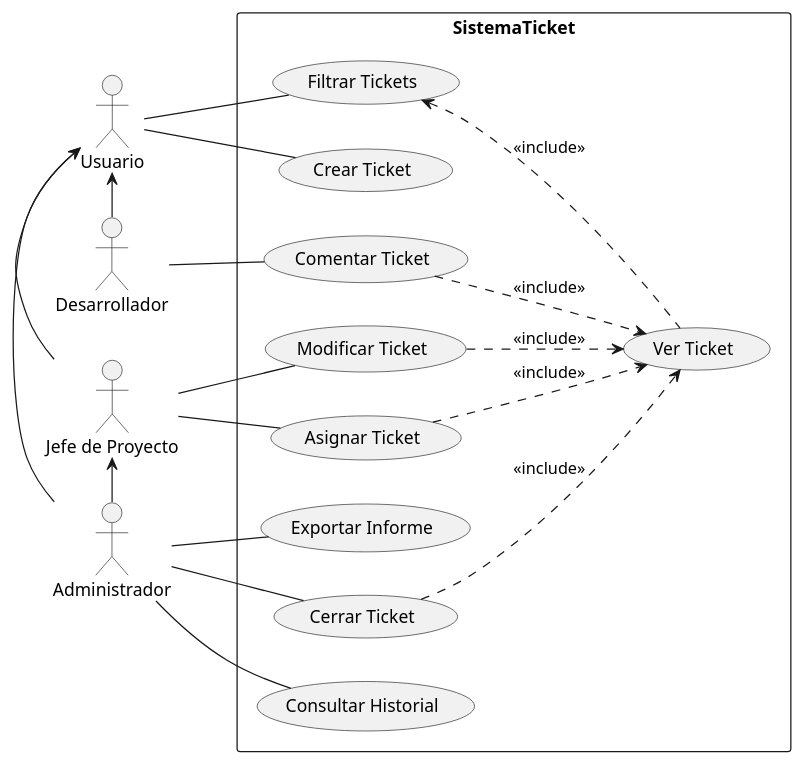
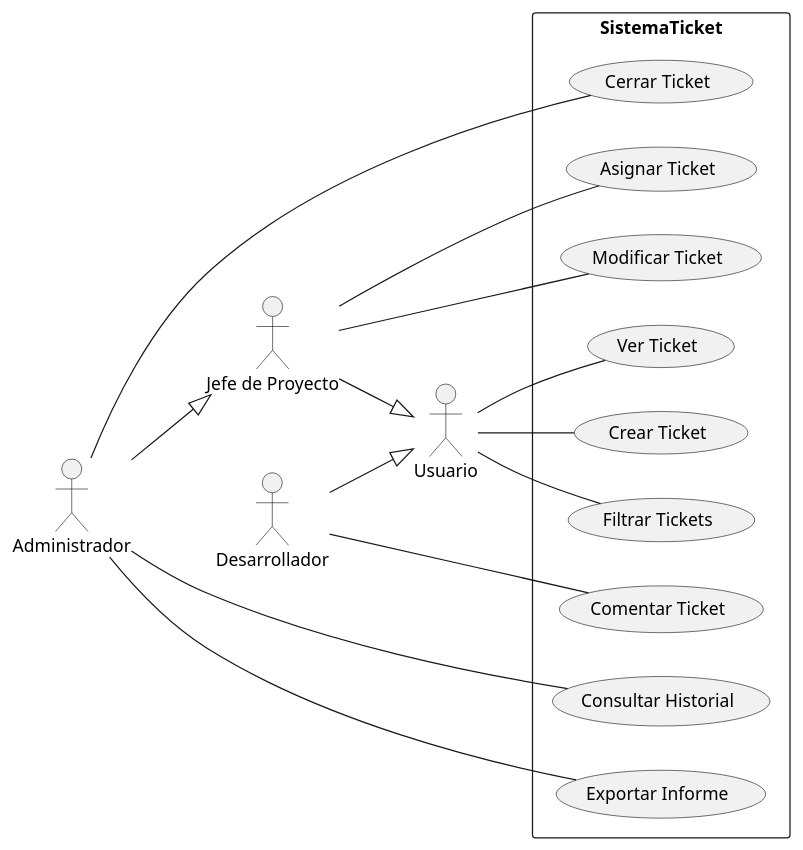
The diagram in modelosUML/CasosDeUsos/CDU SistemaTicket.puml (mmasias/23-24-IdSw1-SDR), drawn with PlantUML before and after one commit.

Commit message:
cambios en CDU SistemaTicket

```diff
--- a/modelosUML/CasosDeUsos/CDU SistemaTicket.puml
+++ b/modelosUML/CasosDeUsos/CDU SistemaTicket.puml
@@ -1,33 +1,25 @@
 @startuml
 
 left to right direction
 
+actor Usuario as Usuario
 actor "Jefe de Proyecto" as JefeProyecto
 actor Administrador as Admin
-actor Usuario as Usuario
 actor Desarrollador as Dev
 
-rectangle SistemaTicket{
-    Dev -l-> Usuario
-    Dev -- (Comentar Ticket)
-    Usuario -l- (Crear Ticket)
-    Usuario -- (Filtrar Tickets)
-    JefeProyecto -l-> Usuario
-    JefeProyecto -- (Asignar Ticket)
-    JefeProyecto -- (Modificar Ticket)
-    Admin -l-> Usuario
-    Admin -l-> JefeProyecto
+rectangle SistemaTicket {
+   Usuario -- (Ver Ticket)
+     Dev -- (Comentar Ticket)
+    Usuario -- (Crear Ticket)
+     Usuario -- (Filtrar Tickets)
+     JefeProyecto -- (Asignar Ticket)
+     JefeProyecto -- (Modificar Ticket)
     Admin -- (Consultar Historial)
-    Admin -- (Exportar Informe)
+     Admin -- (Exportar Informe)
     Admin -- (Cerrar Ticket)
-
-    (Filtrar Tickets) <.. (Ver Ticket) :<<include>>
-    (Comentar Ticket) ..> (Ver Ticket) :<<include>>
-    (Modificar Ticket) ..> (Ver Ticket) :<<include>>
-    (Asignar Ticket) ..> (Ver Ticket) :<<include>>
-    (Cerrar Ticket) ..> (Ver Ticket) :<<include>>
-
-
+Dev --|> Usuario
+JefeProyecto --|> Usuario
+Admin --|> JefeProyecto
 }
 
 @enduml
```
